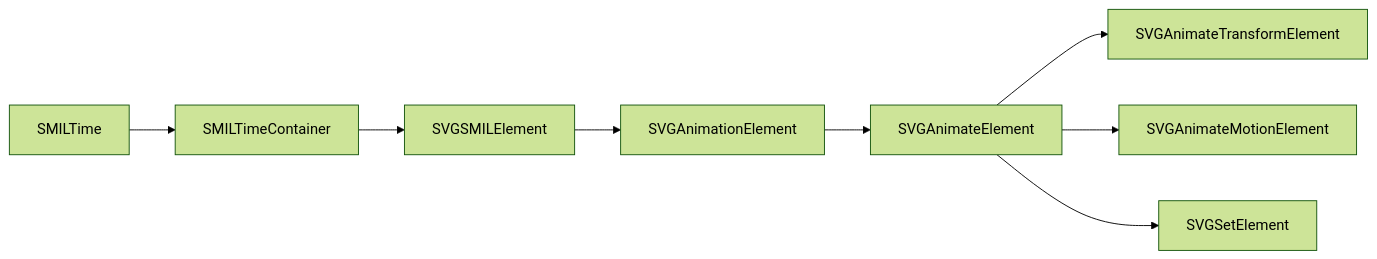
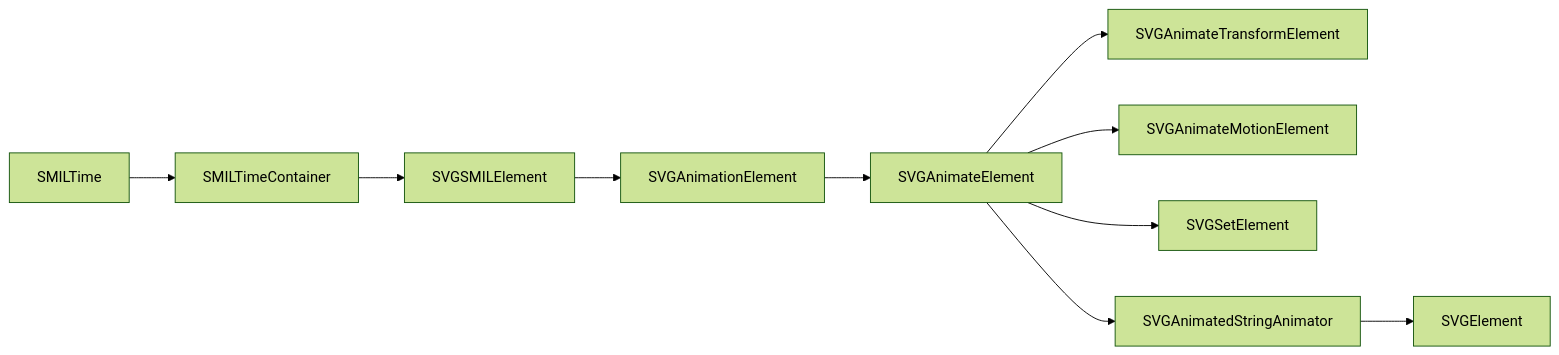
Before and after one commit to denisnadey/flutter_full_svg_support: the ninth of 9 diagrams in .qoder/repowiki/en/content/Animated SVG Support/SMIL Animation Specification/SMIL Animation Specification.md, drawn with Mermaid (forest theme). The commit also changed other lines of this file and 40 other files, not shown here.

````diff
--- a/.qoder/repowiki/en/content/Animated SVG Support/SMIL Animation Specification/SMIL Animation Specification.md
+++ b/.qoder/repowiki/en/content/Animated SVG Support/SMIL Animation Specification/SMIL Animation Specification.md
@@ -364,10 +435,12 @@
 ```mermaid
 graph LR
 SMILTime --> SMILTimeContainer
 SMILTimeContainer --> SVGSMILElement
 SVGSMILElement --> SVGAnimationElement
 SVGAnimationElement --> SVGAnimateElement
 SVGAnimateElement --> SVGAnimateTransformElement
 SVGAnimateElement --> SVGAnimateMotionElement
 SVGAnimateElement --> SVGSetElement
+SVGAnimateElement --> SVGAnimatedStringAnimator
+SVGAnimatedStringAnimator --> SVGElement
 ```
````
